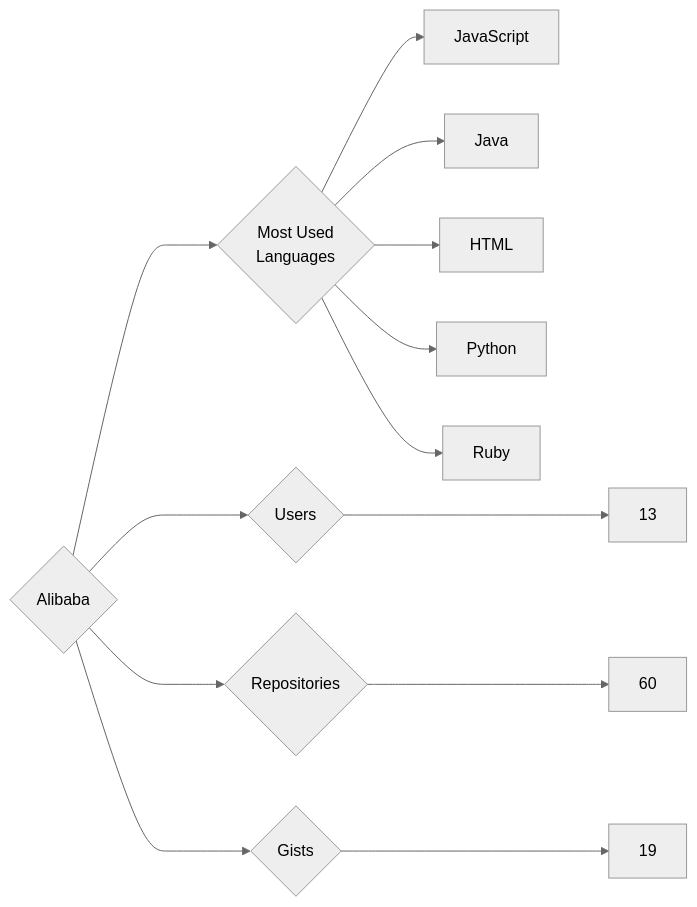
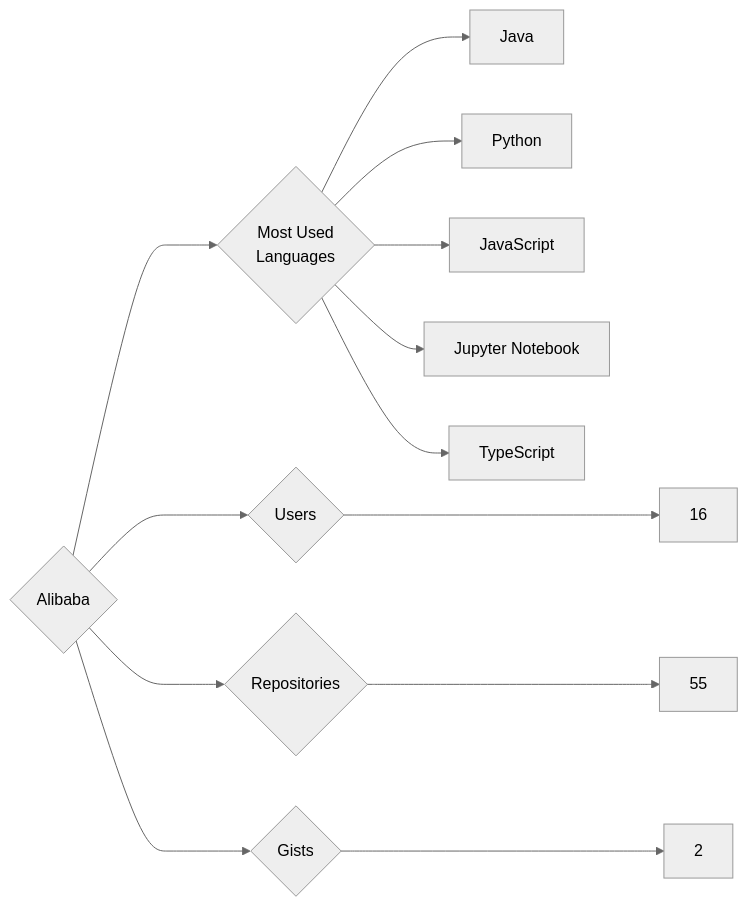
The diagram in targets/Alibaba/README.md (trickest/insiders), drawn with Mermaid (neutral theme) before and after one commit. The commit also changed 857 other files, not shown here.

````diff
--- a/targets/Alibaba/README.md
+++ b/targets/Alibaba/README.md
@@ -3,13 +3,13 @@
 ```mermaid
 graph LR
 COMPANY_NAME{Alibaba}
-COMPANY_NAME ---> U{Users} ---> UN[13]
-COMPANY_NAME ---> R{Repositories} ---> RN[60]
-COMPANY_NAME ---> G{Gists} ---> GN[19]
+COMPANY_NAME ---> U{Users} ---> UN[16]
+COMPANY_NAME ---> R{Repositories} ---> RN[55]
+COMPANY_NAME ---> G{Gists} ---> GN[2]
 COMPANY_NAME ---> ML{Most Used<br>Languages}
+ML --> Java[Java]
+ML --> Python[Python]
 ML --> JavaScript[JavaScript]
-ML --> Java[Java]
-ML --> HTML[HTML]
-ML --> Python[Python]
-ML --> Ruby[Ruby]
+ML --> Jupyter_Notebook[Jupyter Notebook]
+ML --> TypeScript[TypeScript]
 ```
````
